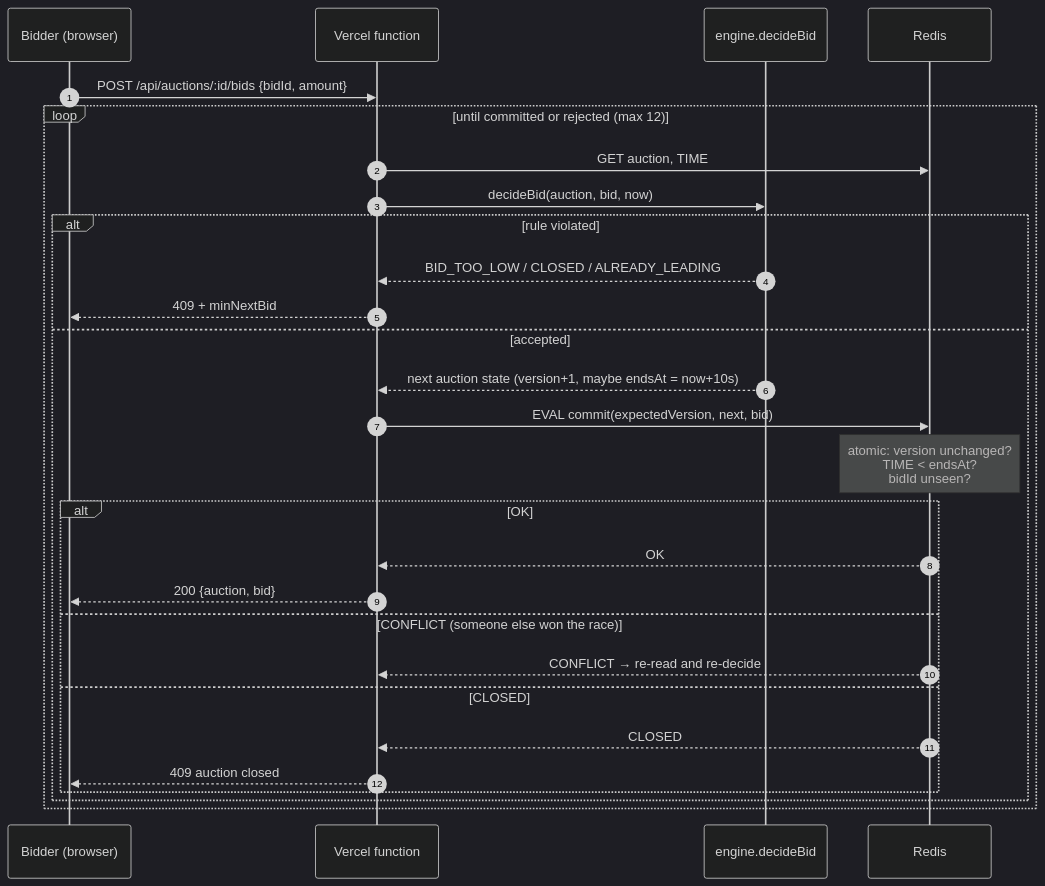
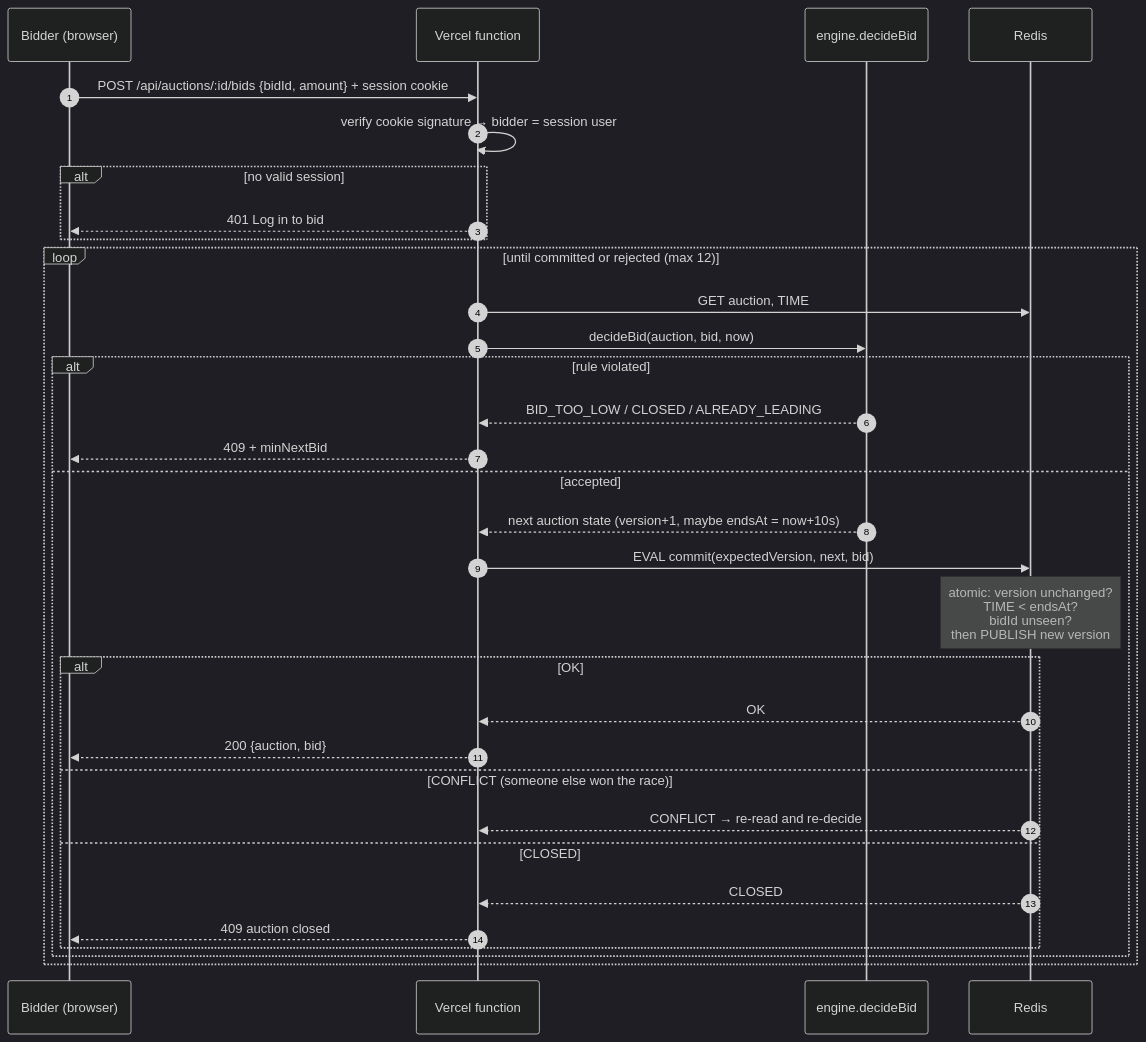
Before and after one commit to Sandipxg/Live-Auction-platform: the second of 5 diagrams in docs/ARCHITECTURE.md, drawn with Mermaid (dark theme). The commit also changed other lines of this file and 8 other files, not shown here.

First line of the commit message:
docs: v0.2 — Redis pub/sub and auth in architecture, decisions, tasks

````diff
--- a/docs/ARCHITECTURE.md
+++ b/docs/ARCHITECTURE.md
@@ -44,31 +45,35 @@
 ```mermaid
 sequenceDiagram
   autonumber
   participant U as Bidder (browser)
   participant F as Vercel function
   participant E as engine.decideBid
   participant R as Redis
 
-  U->>F: POST /api/auctions/:id/bids {bidId, amount}
+  U->>F: POST /api/auctions/:id/bids {bidId, amount} + session cookie
+  F->>F: verify cookie signature → bidder = session user
+  alt no valid session
+    F-->>U: 401 Log in to bid
+  end
   loop until committed or rejected (max 12)
     F->>R: GET auction, TIME
     F->>E: decideBid(auction, bid, now)
     alt rule violated
       E-->>F: BID_TOO_LOW / CLOSED / ALREADY_LEADING
       F-->>U: 409 + minNextBid
     else accepted
       E-->>F: next auction state (version+1, maybe endsAt = now+10s)
       F->>R: EVAL commit(expectedVersion, next, bid)
-      Note over R: atomic: version unchanged?<br/>TIME < endsAt?<br/>bidId unseen?
+      Note over R: atomic: version unchanged?<br/>TIME < endsAt?<br/>bidId unseen?<br/>then PUBLISH new version
       alt OK
         R-->>F: OK
         F-->>U: 200 {auction, bid}
       else CONFLICT (someone else won the race)
         R-->>F: CONFLICT → re-read and re-decide
       else CLOSED
         R-->>F: CLOSED
         F-->>U: 409 auction closed
       end
     end
   end
 ```
````
